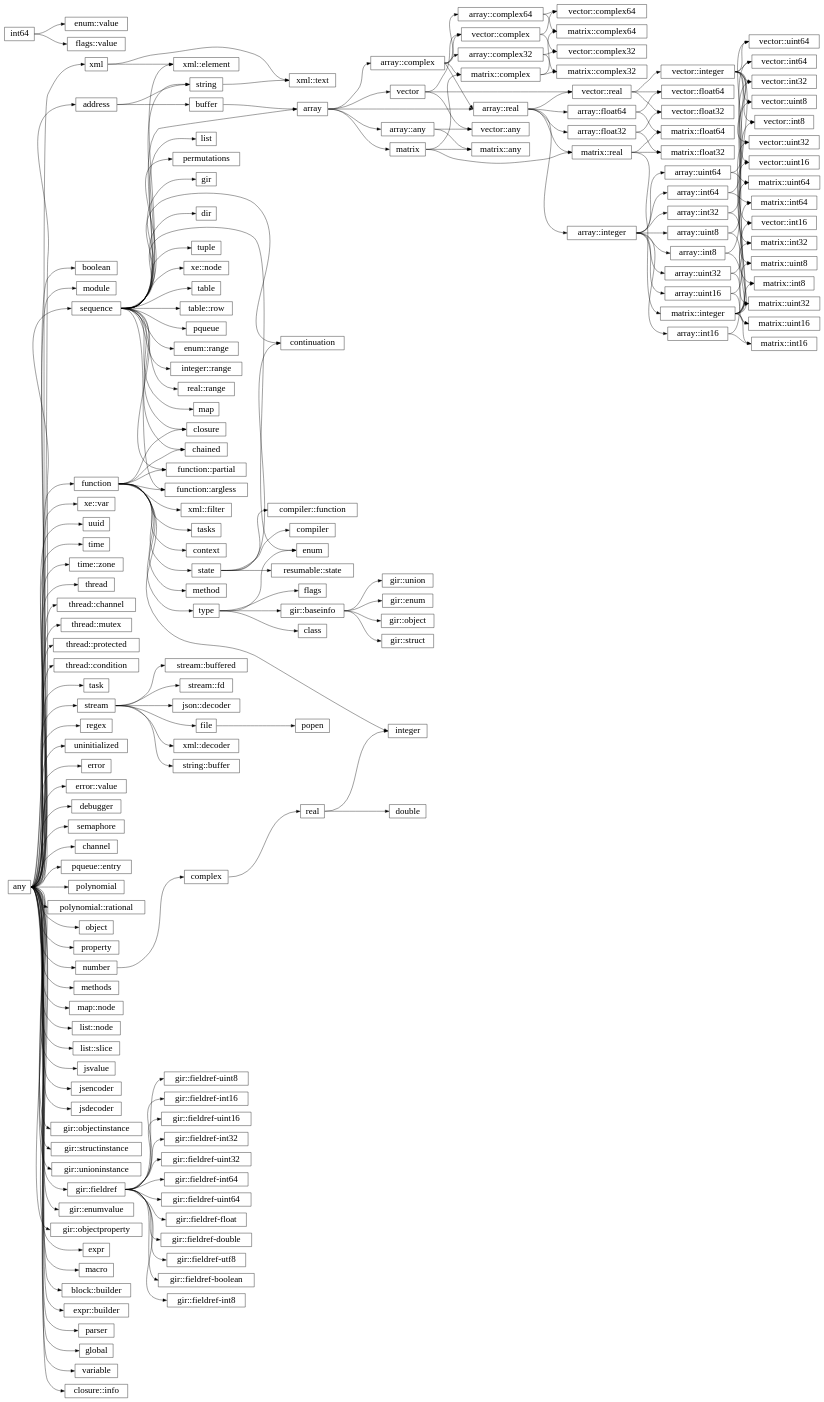
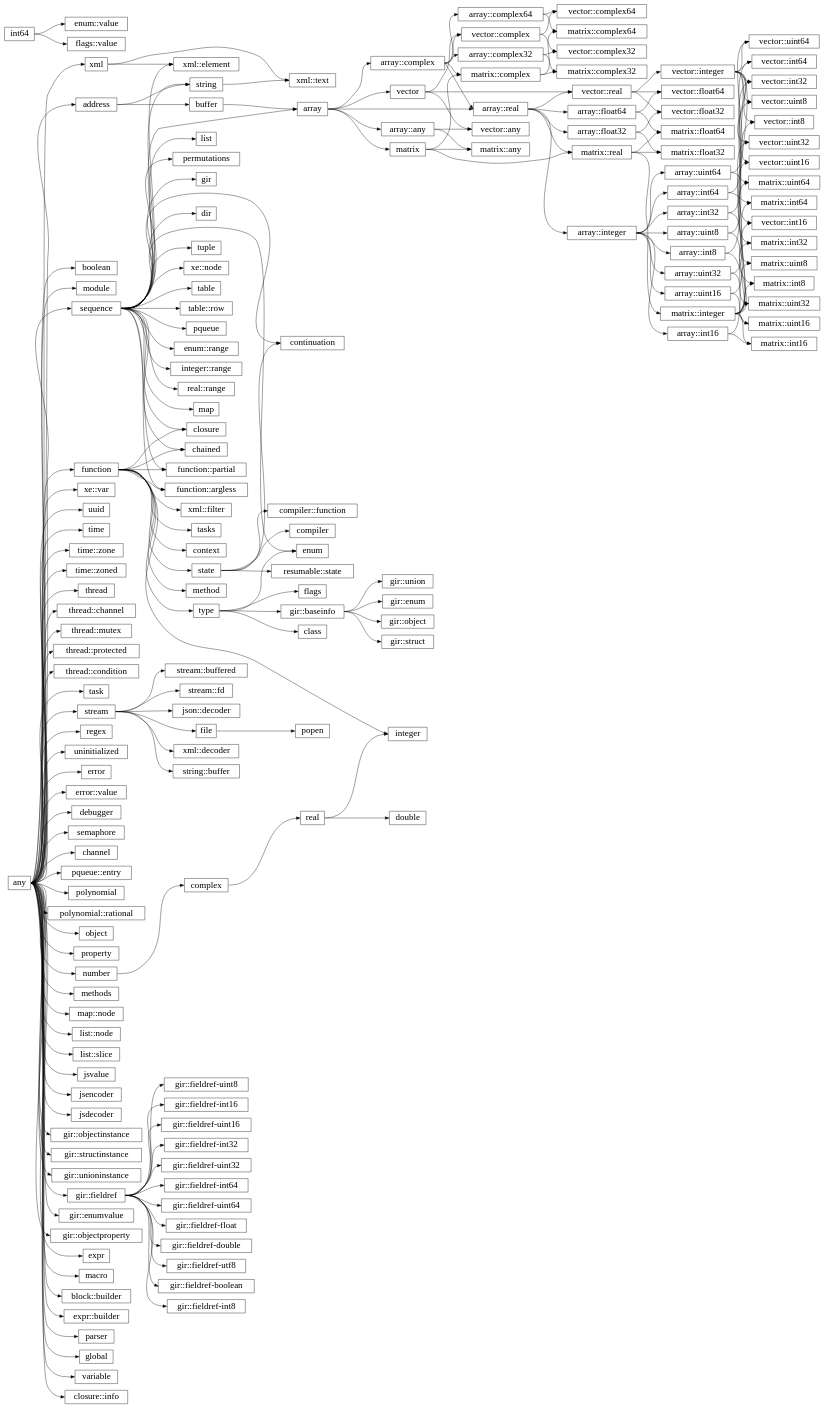
Before and after one commit to wrapl/minilang: the diagram in docs/library/hierarchy.rst, drawn with Graphviz. The commit also changed 5 other files, not shown here.

```diff
--- a/docs/library/hierarchy.rst
+++ b/docs/library/hierarchy.rst
@@ -34,6 +34,7 @@
       "any":e -> "uuid":w;
       "any":e -> "time":w;
       "any":e -> "time::zone":w;
+      "any":e -> "time::zoned":w;
       "any":e -> "thread":w;
       "any":e -> "thread::channel":w;
       "any":e -> "thread::mutex":w;
```
